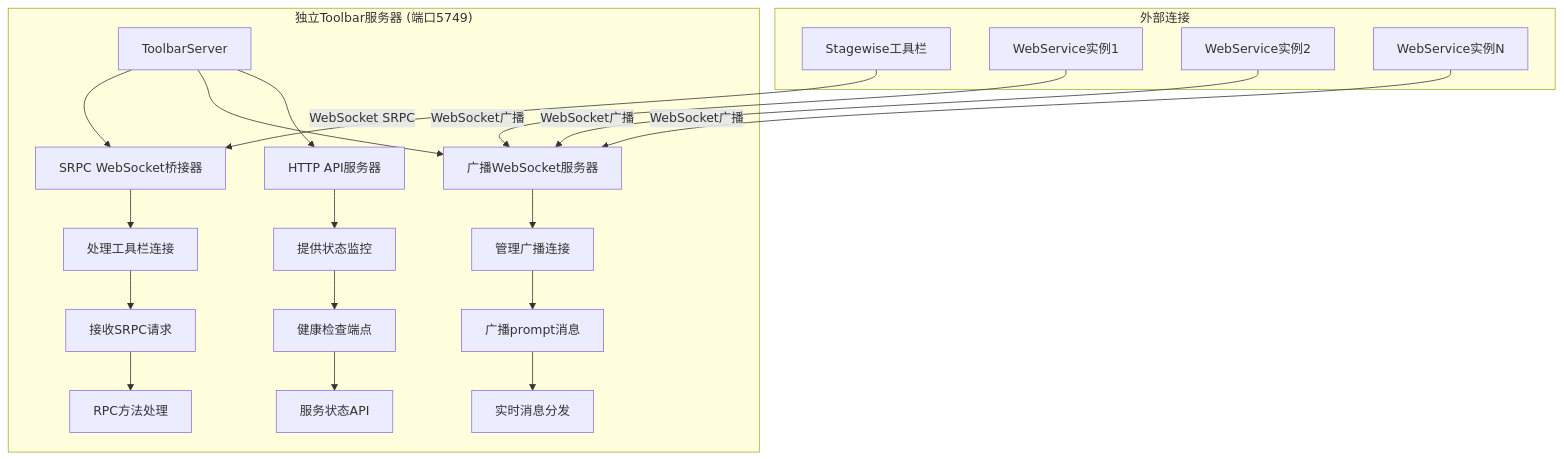
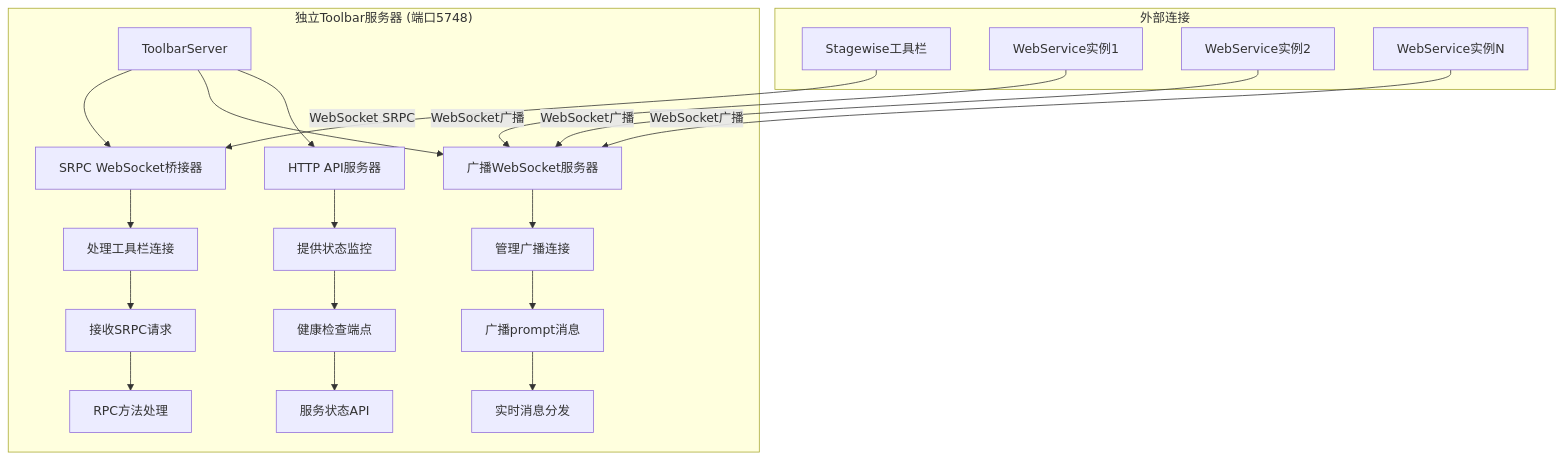
One commit to Songmengdi/mcp-feedback-collector changed the third of 4 diagrams in docs/架构层/架构设计.md. Above: the diagram before and after it, drawn with Mermaid. The commit also changed other lines of this file and 18 other files, not shown here.

````diff
--- a/docs/架构层/架构设计.md
+++ b/docs/架构层/架构设计.md
@@ -74,27 +74,27 @@
 ```mermaid
 graph TB
-    subgraph "独立Toolbar服务器 (端口5749)"
+    subgraph "独立Toolbar服务器 (端口5748)"
         A[ToolbarServer] --> B[SRPC WebSocket桥接器]
         A --> C[广播WebSocket服务器]
         A --> D[HTTP API服务器]
         
         B --> E[处理工具栏连接]
         C --> F[管理广播连接]
         D --> G[提供状态监控]
         
         E --> H[接收SRPC请求]
         F --> I[广播prompt消息]
         G --> J[健康检查端点]
         
         H --> K[RPC方法处理]
         I --> L[实时消息分发]
         J --> M[服务状态API]
     end
     
     subgraph "外部连接"
         N[Stagewise工具栏] --> |WebSocket SRPC| B
         O[WebService实例1] --> |WebSocket广播| C
         P[WebService实例2] --> |WebSocket广播| C
         Q[WebService实例N] --> |WebSocket广播| C
     end
 ```
````
